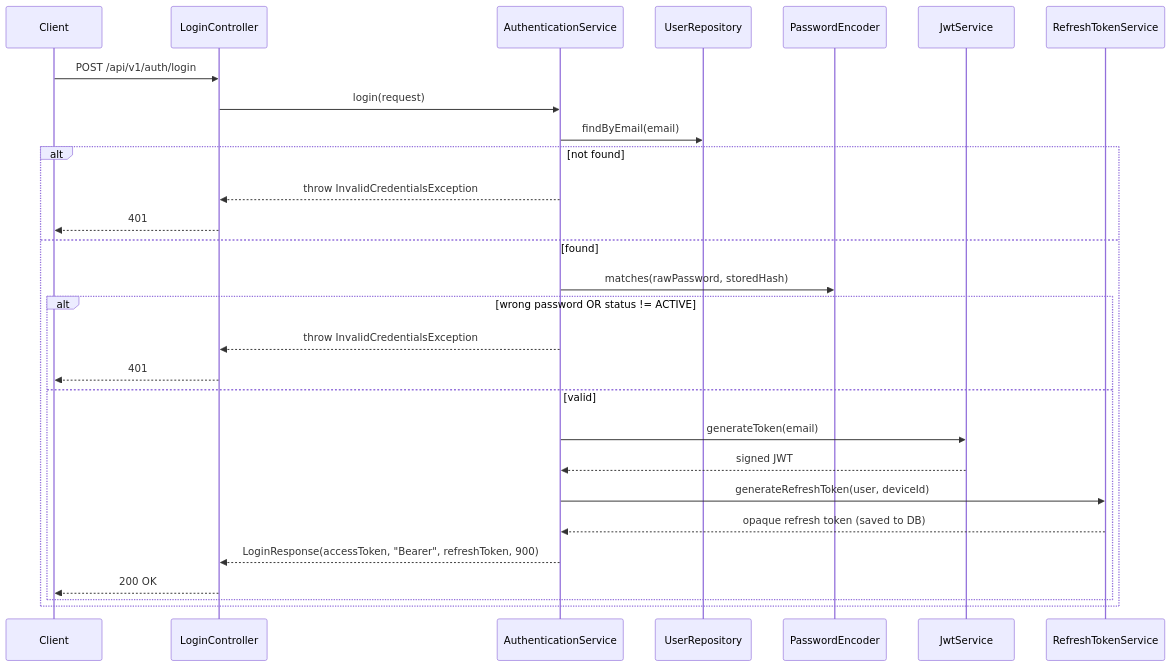
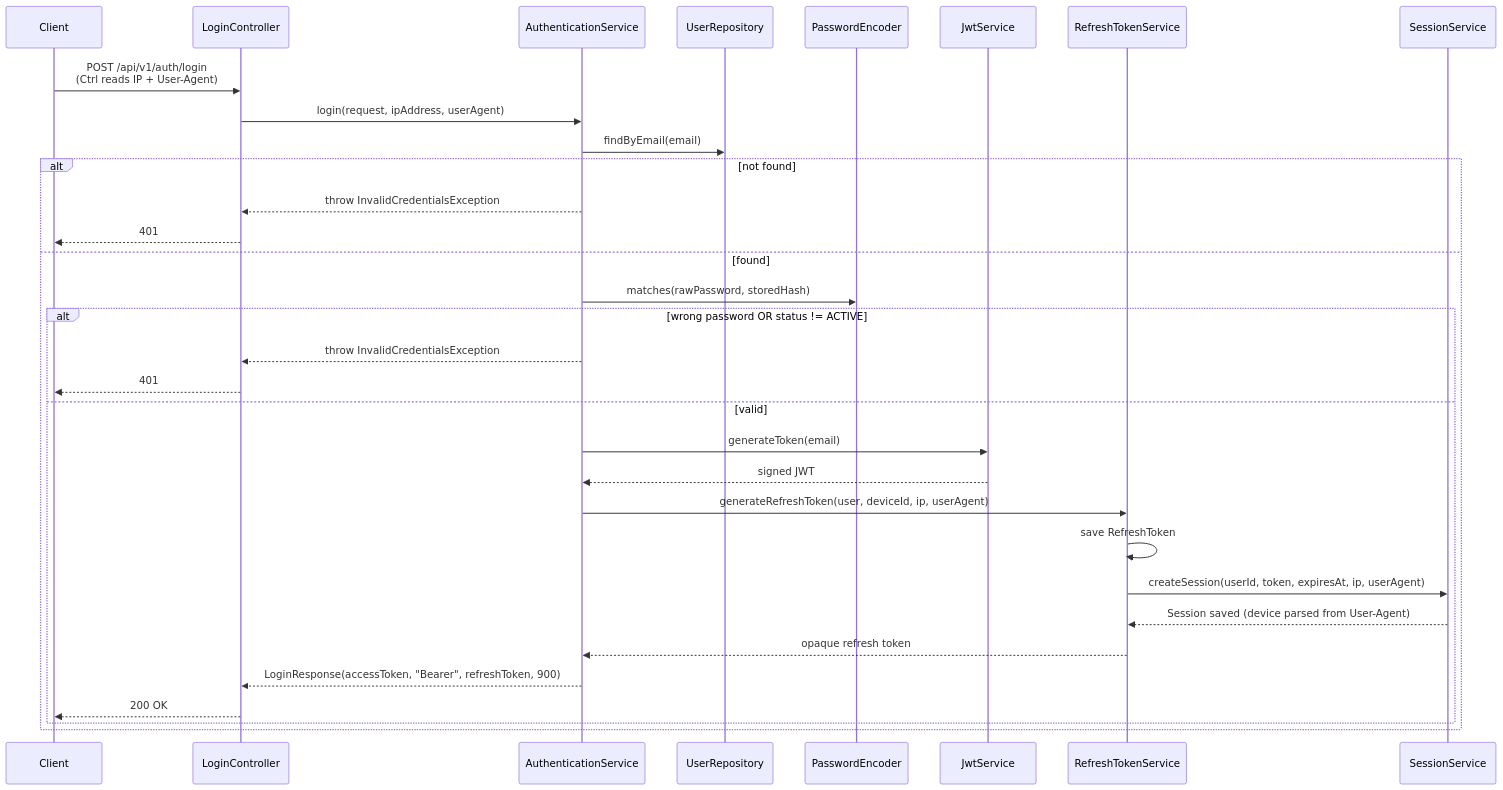
Before and after one commit to SUDHAKAR445/auth-platform: the third of 6 diagrams in docs/architecture.md, drawn with Mermaid. The commit also changed other lines of this file and 8 other files, not shown here.

````diff
--- a/docs/architecture.md
+++ b/docs/architecture.md
@@ -107,31 +127,35 @@
 ```mermaid
 sequenceDiagram
     participant C as Client
     participant Ctrl as LoginController
     participant Svc as AuthenticationService
     participant Repo as UserRepository
     participant Enc as PasswordEncoder
     participant Jwt as JwtService
     participant RSvc as RefreshTokenService
+    participant SSvc as SessionService
 
-    C->>Ctrl: POST /api/v1/auth/login
-    Ctrl->>Svc: login(request)
+    C->>Ctrl: POST /api/v1/auth/login<br/>(Ctrl reads IP + User-Agent)
+    Ctrl->>Svc: login(request, ipAddress, userAgent)
     Svc->>Repo: findByEmail(email)
     alt not found
         Svc-->>Ctrl: throw InvalidCredentialsException
         Ctrl-->>C: 401
     else found
         Svc->>Enc: matches(rawPassword, storedHash)
         alt wrong password OR status != ACTIVE
             Svc-->>Ctrl: throw InvalidCredentialsException
             Ctrl-->>C: 401
         else valid
             Svc->>Jwt: generateToken(email)
             Jwt-->>Svc: signed JWT
-            Svc->>RSvc: generateRefreshToken(user, deviceId)
-            RSvc-->>Svc: opaque refresh token (saved to DB)
+            Svc->>RSvc: generateRefreshToken(user, deviceId, ip, userAgent)
+            RSvc->>RSvc: save RefreshToken
+            RSvc->>SSvc: createSession(userId, token, expiresAt, ip, userAgent)
+            SSvc-->>RSvc: Session saved (device parsed from User-Agent)
+            RSvc-->>Svc: opaque refresh token
             Svc-->>Ctrl: LoginResponse(accessToken, "Bearer", refreshToken, 900)
             Ctrl-->>C: 200 OK
         end
     end
 ```
````
